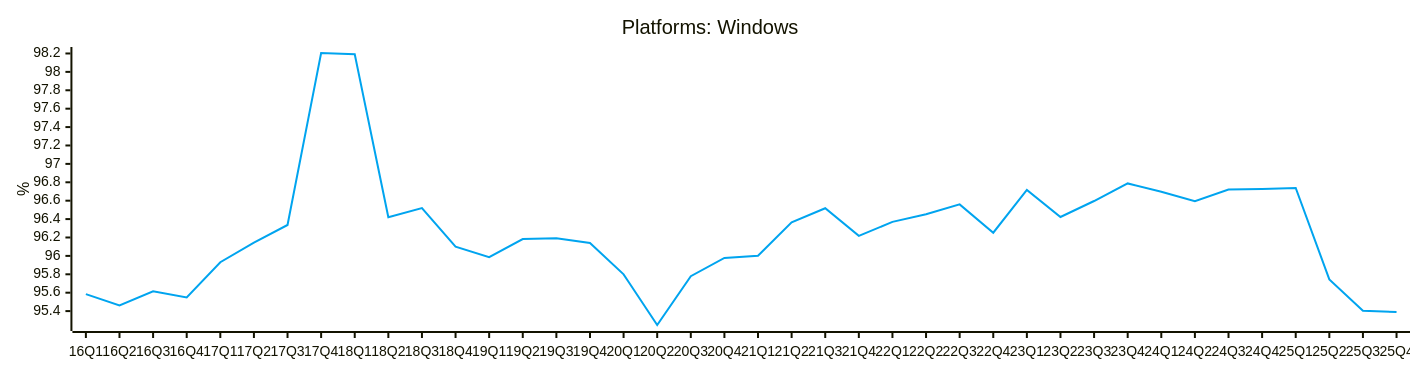
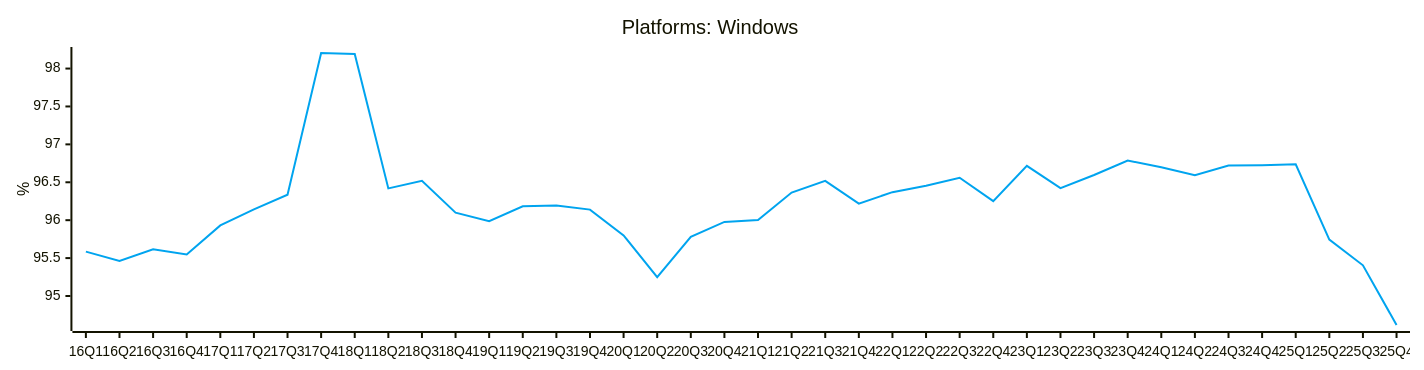
Before and after one commit to jdegene/steamHWsurvey: diagram 11 of 29 in README.md, drawn with Mermaid. The commit also changed other lines of this file and 2 other files, not shown here.

````diff
--- a/README.md
+++ b/README.md
@@ -364,19 +364,19 @@
 ```mermaid
 ---
 config:
     xyChart:
         width: 1400
         height: 350
         
     themeVariables:
         xyChart:
             plotColorPalette: "#00A4EF"
 
 --- 
 
 xychart-beta
     title "Platforms: Windows"
     x-axis [16Q1, 16Q2, 16Q3, 16Q4, 17Q1, 17Q2, 17Q3, 17Q4, 18Q1, 18Q2, 18Q3, 18Q4, 19Q1, 19Q2, 19Q3, 19Q4, 20Q1, 20Q2, 20Q3, 20Q4, 21Q1, 21Q2, 21Q3, 21Q4, 22Q1, 22Q2, 22Q3, 22Q4, 23Q1, 23Q2, 23Q3, 23Q4, 24Q1, 24Q2, 24Q3, 24Q4, 25Q1, 25Q2, 25Q3, 25Q4]
     y-axis "%" 
-    line [95.58490062691743, 95.46121760937753, 95.61491327028531, 95.54792996655662, 95.93077157802871, 96.14358153189218, 96.335797352114, 98.2051556994227, 98.19224868254287, 96.41927606149704, 96.5195047886008, 96.09970461570235, 95.98653029864667, 96.18231901638656, 96.1924850487725, 96.13973260690635, 95.79966074962071, 95.24887243795703, 95.77968082937306, 95.97729984600053, 96.00093389366951, 96.3644960136504, 96.51791074644787, 96.2178647614611, 96.36945418071323, 96.45358462278665, 96.559659973536, 96.25178127450455, 96.71672771330697, 96.42300386215724, 96.5964455674196, 96.78761180751577, 96.69704930026714, 96.59410712782618, 96.7203836591232, 96.72614773948945, 96.73812324746858, 95.74425762677883, 95.4048291732717, 95.39001699094118]
+    line [95.58490062691743, 95.46121760937753, 95.61491327028531, 95.54792996655662, 95.93077157802871, 96.14358153189218, 96.335797352114, 98.2051556994227, 98.19224868254287, 96.41927606149704, 96.5195047886008, 96.09970461570235, 95.98653029864667, 96.18231901638656, 96.1924850487725, 96.13973260690635, 95.79966074962071, 95.24887243795703, 95.77968082937306, 95.97729984600053, 96.00093389366951, 96.3644960136504, 96.51791074644787, 96.2178647614611, 96.36945418071323, 96.45358462278665, 96.559659973536, 96.25178127450455, 96.71672771330697, 96.42300386215724, 96.5964455674196, 96.78761180751577, 96.69704930026714, 96.59410712782618, 96.7203836591232, 96.72614773948945, 96.73812324746858, 95.74425762677883, 95.4048291732717, 94.61750116087791]
 ``` 
````
